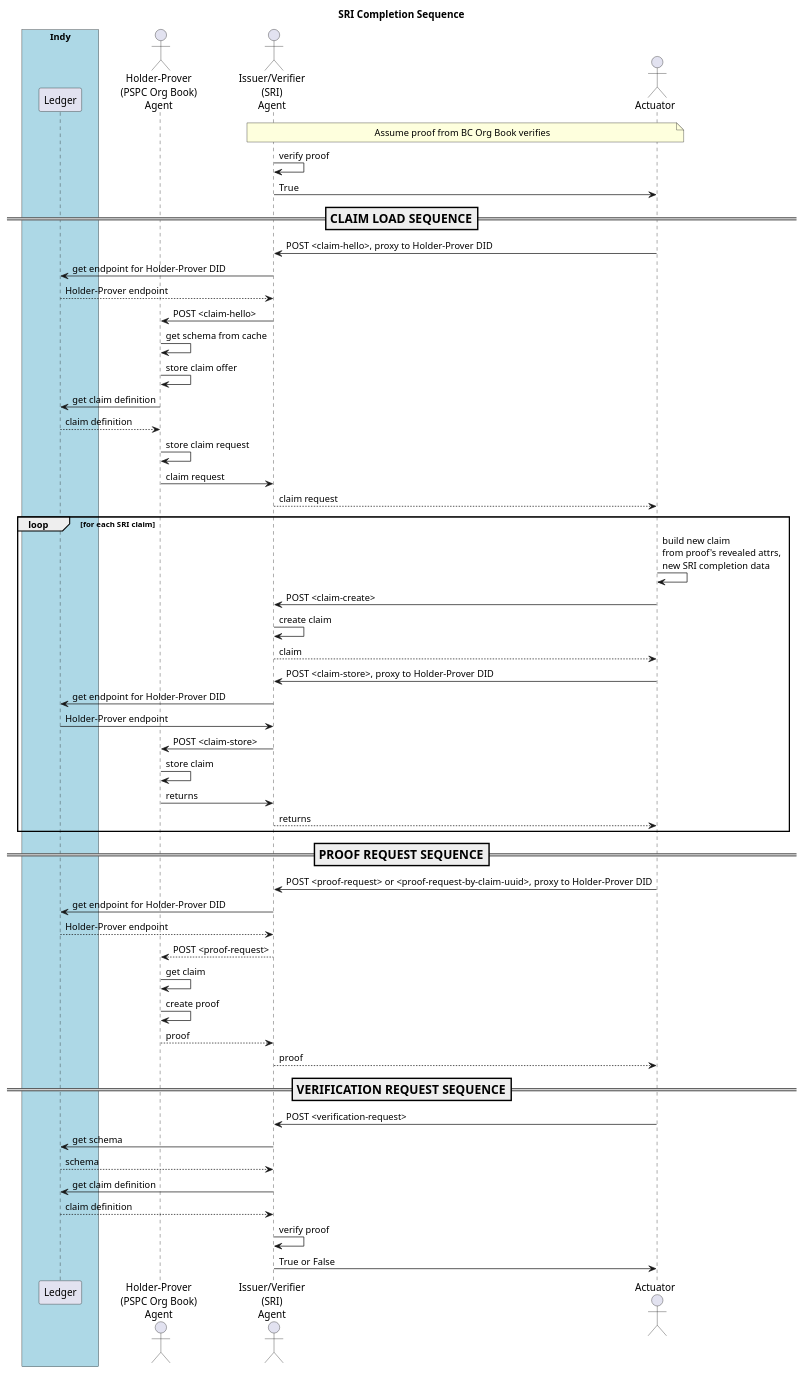
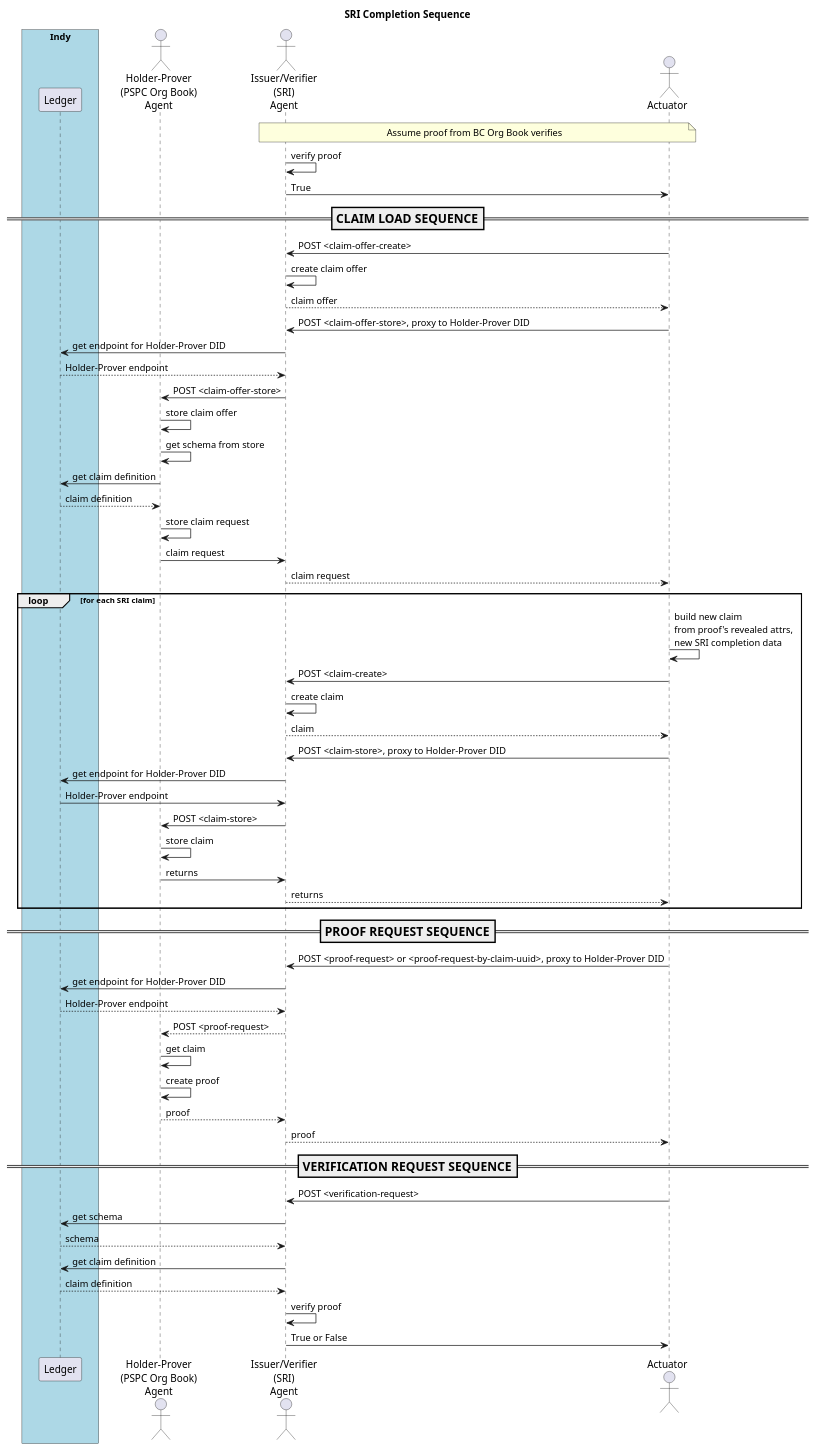
One commit to PSPC-SPAC-buyandsell/von_base changed the diagram in doc/pic/src/sri-completion.puml. Above: the diagram before and after it, drawn with PlantUML. The commit also changed 6 other files, not shown here.

Commit message:
track indy-sdk 1.3.1-dev-408, baking proof of issuer into claim offer

```diff
--- a/doc/pic/src/sri-completion.puml
+++ b/doc/pic/src/sri-completion.puml
@@ -1,86 +1,90 @@
 @startuml
 /'
 Copyright 2017-2018 Government of Canada - Public Services and Procurement Canada - buyandsell.gc.ca
 
 Licensed under the Apache License, Version 2.0 (the "License");
 you may not use this file except in compliance with the License.
 You may obtain a copy of the License at
 
 http://www.apache.org/licenses/LICENSE-2.0
 
 Unless required by applicable law or agreed to in writing, software
 distributed under the License is distributed on an "AS IS" BASIS,
 WITHOUT WARRANTIES OR CONDITIONS OF ANY KIND, either express or implied.
 See the License for the specific language governing permissions and
 limitations under the License.
 '/
 
 skinparam ParticipantPadding 20
 skinparam BoxPadding 20
 
 title SRI Completion Sequence
 
 box "Indy" #LightBlue
     participant "Ledger" as ledger
 endbox
 
 actor "Holder-Prover\n(PSPC Org Book)\nAgent" as obag
 actor "Issuer/Verifier\n(SRI)\nAgent" as sag
 actor "Actuator" as ator
 
 note over sag, ator
 Assume proof from BC Org Book verifies
 endnote
 
 sag -> sag: verify proof
 sag -> ator: True
 
 === CLAIM LOAD SEQUENCE ==
 
-ator -> sag: POST <claim-hello>, proxy to Holder-Prover DID
+ator -> sag: POST <claim-offer-create>
+sag -> sag: create claim offer
+sag --> ator: claim offer
+
+ator -> sag: POST <claim-offer-store>, proxy to Holder-Prover DID
 sag -> ledger: get endpoint for Holder-Prover DID
 ledger --> sag: Holder-Prover endpoint
-sag -> obag: POST <claim-hello>
-obag -> obag: get schema from cache
+sag -> obag: POST <claim-offer-store>
 obag -> obag: store claim offer
+obag -> obag: get schema from store
 obag -> ledger: get claim definition
 ledger --> obag: claim definition
 obag -> obag: store claim request
 obag -> sag: claim request
 sag --> ator: claim request
 
 loop for each SRI claim
     ator -> ator: build new claim\nfrom proof's revealed attrs,\nnew SRI completion data
 
     ator -> sag: POST <claim-create>
     sag -> sag: create claim
     sag --> ator: claim
     ator -> sag: POST <claim-store>, proxy to Holder-Prover DID
     sag -> ledger: get endpoint for Holder-Prover DID
     ledger -> sag: Holder-Prover endpoint
     sag -> obag: POST <claim-store>
     obag -> obag: store claim
     obag -> sag: returns
     sag --> ator: returns
 end
 
 === PROOF REQUEST SEQUENCE ==
 ator -> sag: POST <proof-request> or <proof-request-by-claim-uuid>, proxy to Holder-Prover DID
 sag -> ledger: get endpoint for Holder-Prover DID
 ledger --> sag: Holder-Prover endpoint
 sag --> obag: POST <proof-request>
 obag -> obag: get claim
 obag -> obag: create proof
 obag --> sag: proof
 sag --> ator: proof
 
 === VERIFICATION REQUEST SEQUENCE ==
 ator -> sag: POST <verification-request>
 sag -> ledger: get schema
 ledger --> sag: schema
 sag -> ledger: get claim definition
 ledger --> sag: claim definition
 sag -> sag: verify proof
 sag -> ator: True or False
 
 @enduml
```
